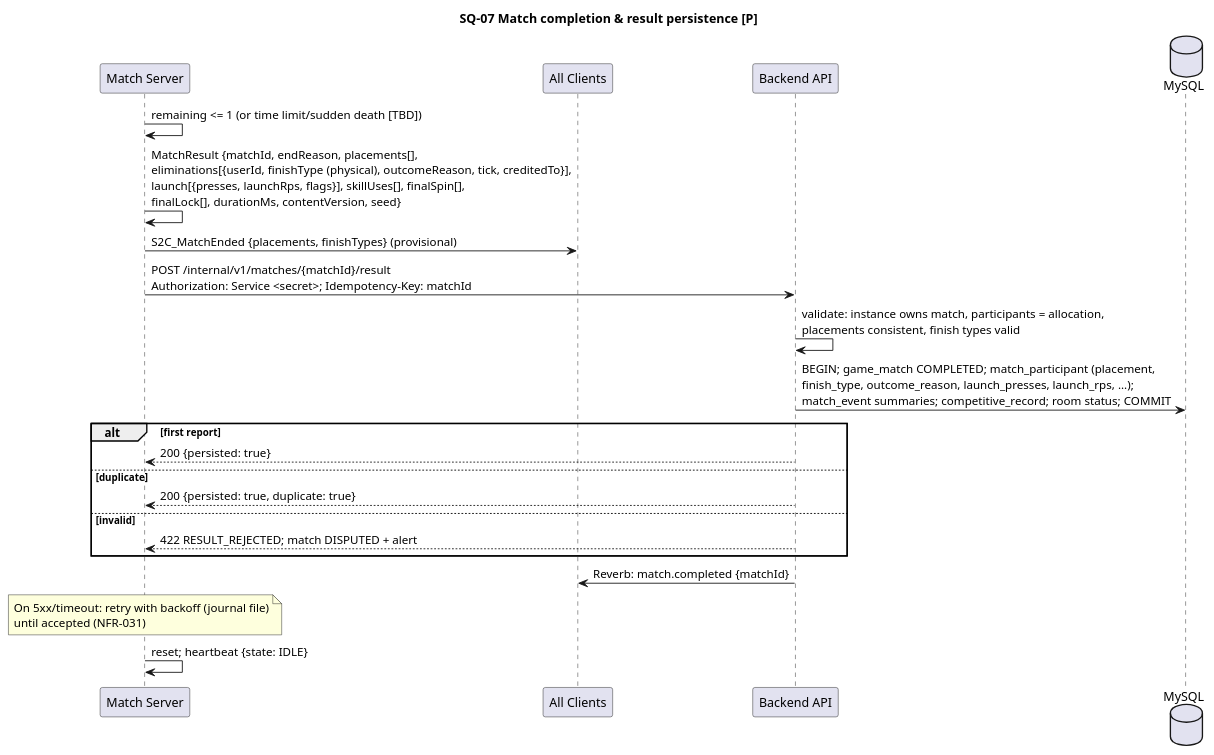
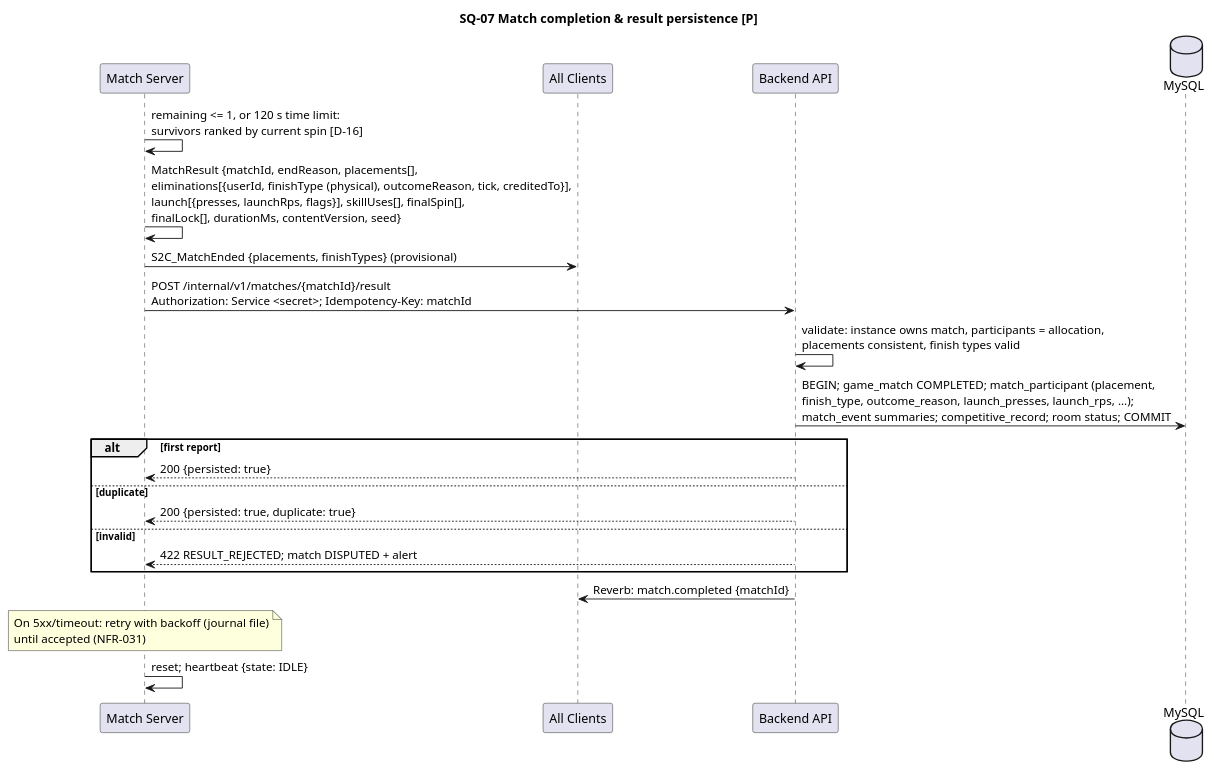
The diagram in docs/02-uml/sequence/SQ-07-match-completion.puml (houcine212-hub/Bayblade_Sesytem), drawn with PlantUML before and after one commit. The commit also changed 57 other files, not shown here.

```diff
--- a/docs/02-uml/sequence/SQ-07-match-completion.puml
+++ b/docs/02-uml/sequence/SQ-07-match-completion.puml
@@ -1,23 +1,23 @@
 @startuml SQ-07
 title SQ-07 Match completion & result persistence [P]
 participant "Match Server" as MS
 participant "All Clients" as C
 participant "Backend API" as B
 database MySQL as DB
-MS -> MS : remaining <= 1 (or time limit/sudden death [TBD])
+MS -> MS : remaining <= 1, or 120 s time limit:\nsurvivors ranked by current spin [D-16]
 MS -> MS : MatchResult {matchId, endReason, placements[],\neliminations[{userId, finishType (physical), outcomeReason, tick, creditedTo}],\nlaunch[{presses, launchRps, flags}], skillUses[], finalSpin[],\nfinalLock[], durationMs, contentVersion, seed}
 MS -> C : S2C_MatchEnded {placements, finishTypes} (provisional)
 MS -> B : POST /internal/v1/matches/{matchId}/result\nAuthorization: Service <secret>; Idempotency-Key: matchId
 B -> B : validate: instance owns match, participants = allocation,\nplacements consistent, finish types valid
 B -> DB : BEGIN; game_match COMPLETED; match_participant (placement,\nfinish_type, outcome_reason, launch_presses, launch_rps, ...);\nmatch_event summaries; competitive_record; room status; COMMIT
 alt first report
   B --> MS : 200 {persisted: true}
 else duplicate
   B --> MS : 200 {persisted: true, duplicate: true}
 else invalid
   B --> MS : 422 RESULT_REJECTED; match DISPUTED + alert
 end
 B -> C : Reverb: match.completed {matchId}
 note over MS : On 5xx/timeout: retry with backoff (journal file)\nuntil accepted (NFR-031)
 MS -> MS : reset; heartbeat {state: IDLE}
 @enduml
```
